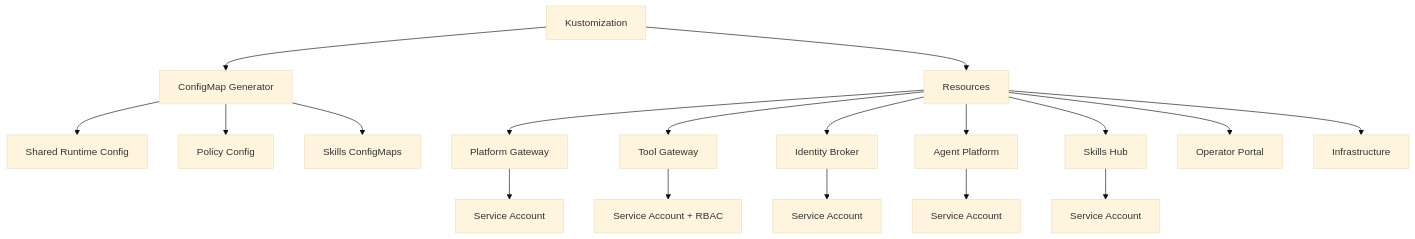
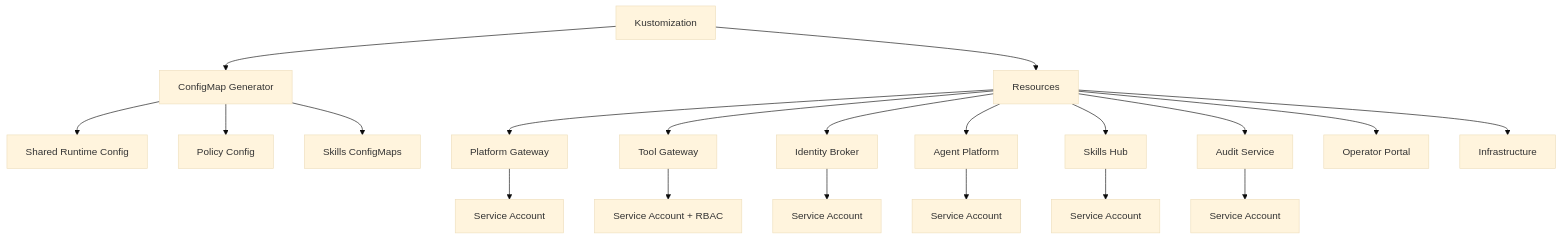
Before and after one commit to metasync/luban-aiops: the first of 2 diagrams in .qoder/repowiki/en/content/Deployment and Operations/Kubernetes Deployment.md, drawn with Mermaid (base theme). The commit also changed other lines of this file and 8 other files, not shown here.

````diff
--- a/.qoder/repowiki/en/content/Deployment and Operations/Kubernetes Deployment.md
+++ b/.qoder/repowiki/en/content/Deployment and Operations/Kubernetes Deployment.md
@@ -67,20 +71,22 @@
 ```mermaid
 graph TD
 A[Kustomization] --> B[ConfigMap Generator]
 A --> C[Resources]
 B --> D[Shared Runtime Config]
 B --> E[Policy Config]
 B --> F[Skills ConfigMaps]
 C --> G[Platform Gateway]
 C --> H[Tool Gateway]
 C --> I[Identity Broker]
 C --> J[Agent Platform]
 C --> K[Skills Hub]
-C --> L[Operator Portal]
-C --> M[Infrastructure]
-G --> N[Service Account]
-H --> O[Service Account + RBAC]
-I --> P[Service Account]
-J --> Q[Service Account]
-K --> R[Service Account]
+C --> L[Audit Service]
+C --> M[Operator Portal]
+C --> N[Infrastructure]
+G --> O[Service Account]
+H --> P[Service Account + RBAC]
+I --> Q[Service Account]
+J --> R[Service Account]
+K --> S[Service Account]
+L --> T[Service Account]
 ```
````
